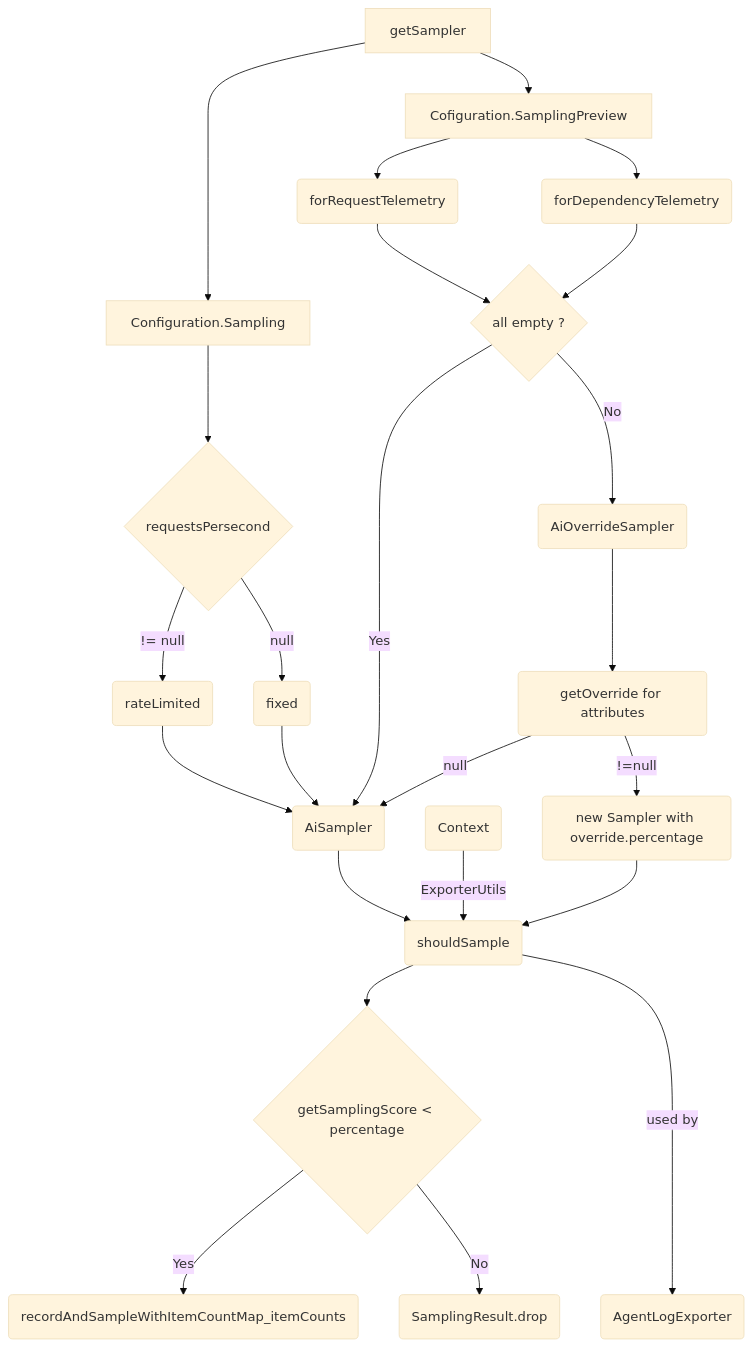
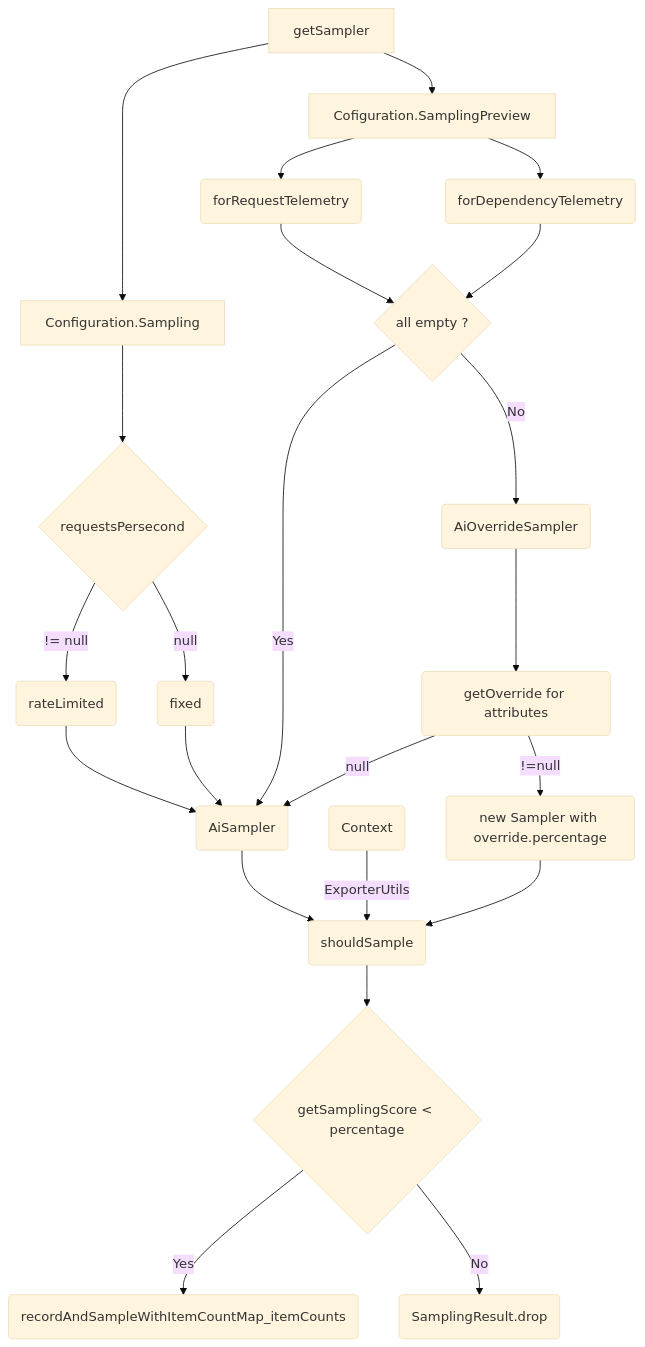
Before and after one commit to LQQ677/ApplicationInsights-Java: the diagram in MyDiagram/sampler.md, drawn with Mermaid (base theme). The commit also changed 12 other files, not shown here.

````diff
--- a/MyDiagram/sampler.md
+++ b/MyDiagram/sampler.md
@@ -1,31 +1,30 @@
 ```mermaid
 graph TD
 O[getSampler] --> A[Configuration.Sampling]
 O[getSampler] --> B[Cofiguration.SamplingPreview]
 
 A --> C{requestsPersecond}
 C --> |!= null|D(rateLimited)
 D --> E(AiSampler)
 C --> |null| F(fixed)
 F --> E(AiSampler)
 
 B --> G(forRequestTelemetry)
 B --> H(forDependencyTelemetry)
 G --> I{all empty ?}
 H --> I
 I --> |No|J(AiOverrideSampler)
 I --> |Yes|E
 
 E --> K(shouldSample)
 L(Context) --> |ExporterUtils|K
 K --> M{getSamplingScore < percentage}
 M --> |Yes| N(recordAndSampleWithItemCountMap_itemCounts)
 M --> |No| P(SamplingResult.drop)
 
 J --> Q(getOverride for attributes)
 Q --> |null|E
 Q --> |!=null| R(new Sampler with override.percentage)
 R --> K
 
-K ---> |used by|T(AgentLogExporter)
 ```
````
